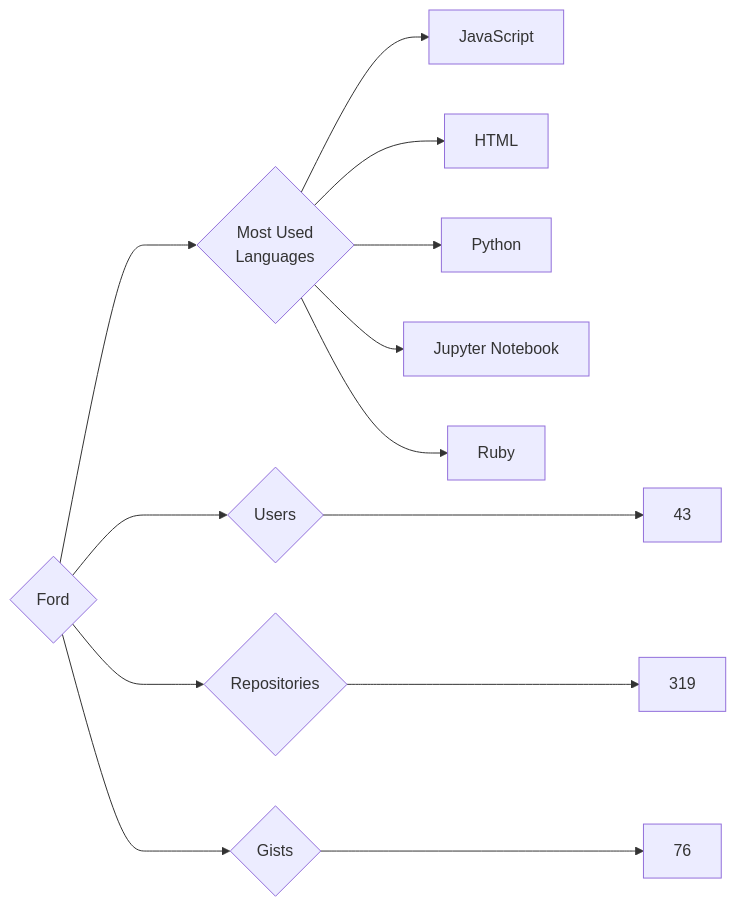
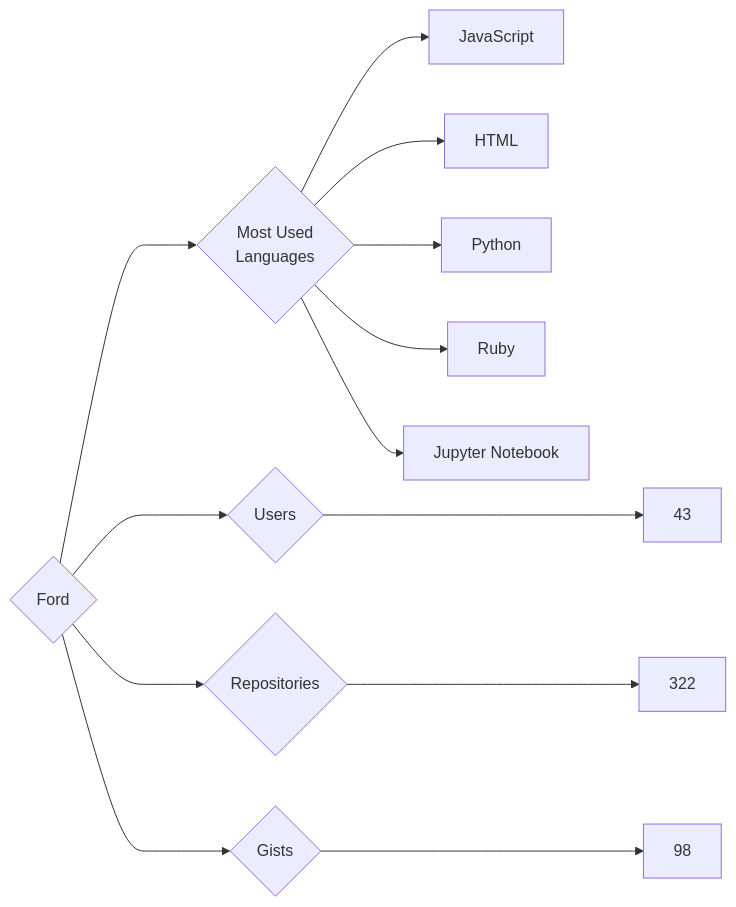
Before and after one commit to trickest/insiders: the diagram in targets/Ford/README.md, drawn with Mermaid. The commit also changed 644 other files, not shown here.

````diff
--- a/targets/Ford/README.md
+++ b/targets/Ford/README.md
@@ -3,13 +3,13 @@
 ```mermaid
 graph LR
 COMPANY_NAME{Ford}
 COMPANY_NAME ---> U{Users} ---> UN[43]
-COMPANY_NAME ---> R{Repositories} ---> RN[319]
-COMPANY_NAME ---> G{Gists} ---> GN[76]
+COMPANY_NAME ---> R{Repositories} ---> RN[322]
+COMPANY_NAME ---> G{Gists} ---> GN[98]
 COMPANY_NAME ---> ML{Most Used<br>Languages}
 ML --> JavaScript[JavaScript]
 ML --> HTML[HTML]
 ML --> Python[Python]
+ML --> Ruby[Ruby]
 ML --> Jupyter_Notebook[Jupyter Notebook]
-ML --> Ruby[Ruby]
 ```
````
